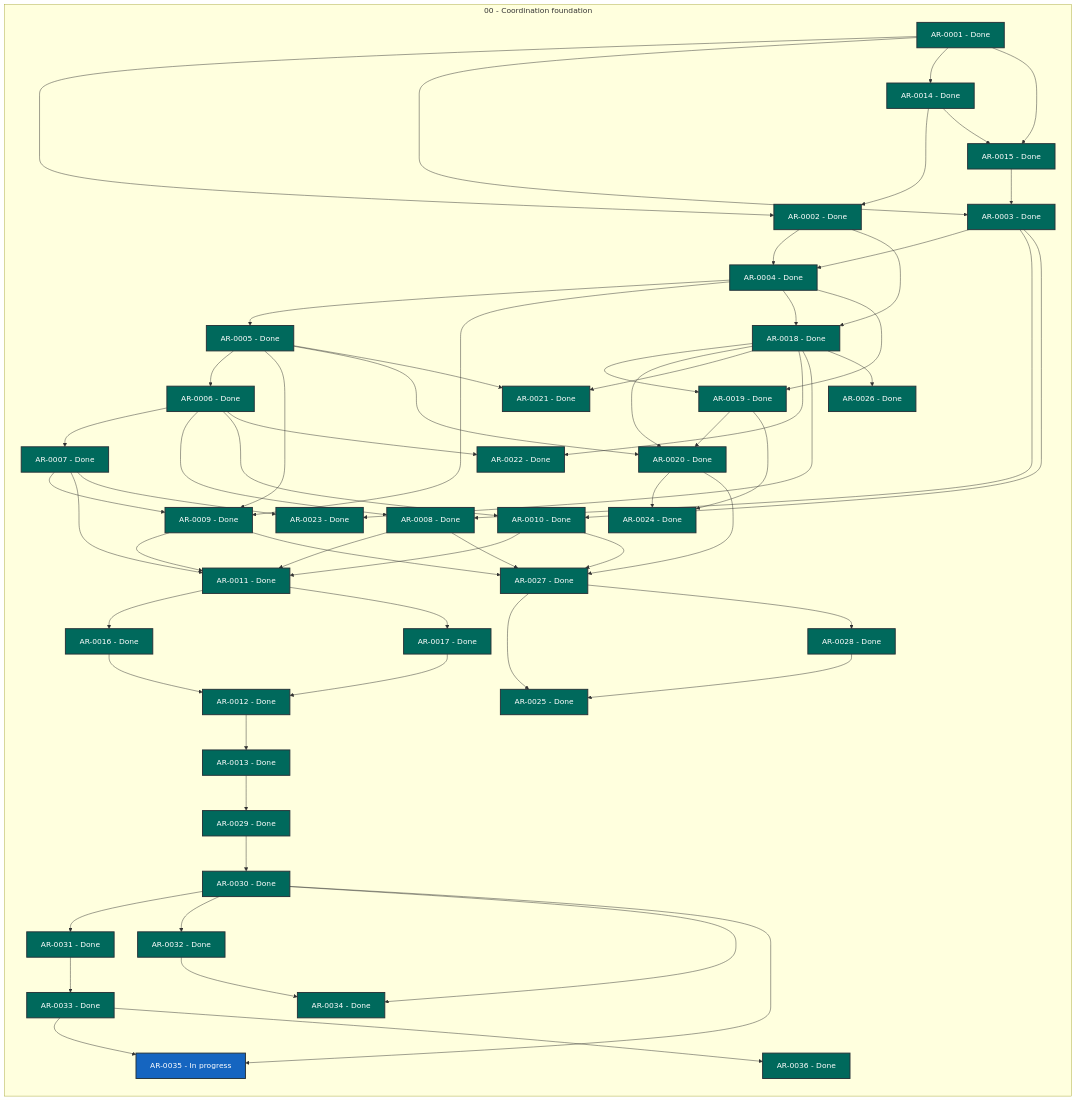
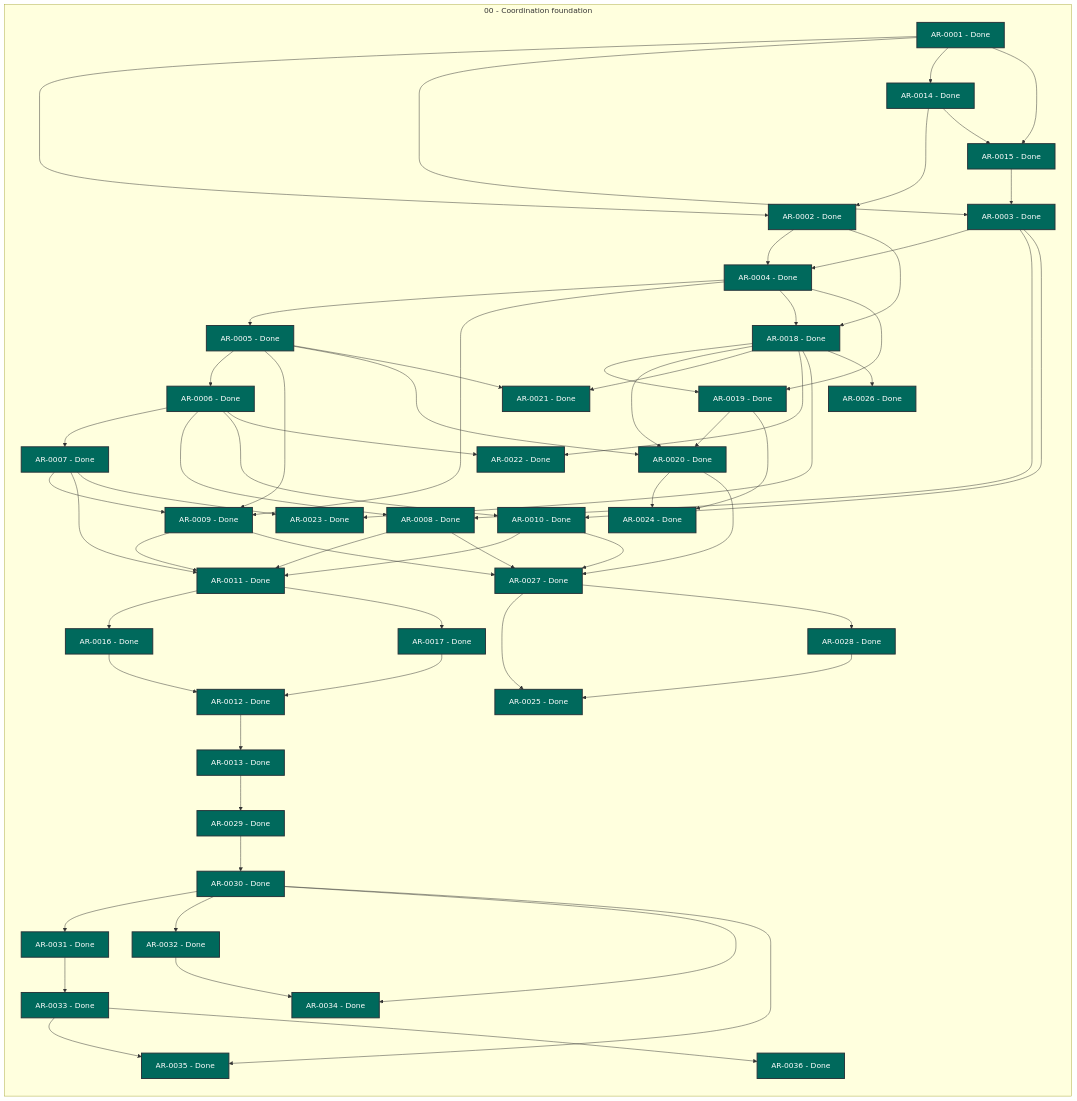
One commit to martin-beck/agent-workflow-tui-state changed the diagram in STATUS.md. Above: the diagram before and after it, drawn with Mermaid. The commit also changed other lines of this file and 2 other files, not shown here.

```diff
--- a/STATUS.md
+++ b/STATUS.md
@@ -62,7 +62,7 @@
         AR_0032["AR-0032 - Done"]:::status_done
         AR_0033["AR-0033 - Done"]:::status_done
         AR_0034["AR-0034 - Done"]:::status_done
-        AR_0035["AR-0035 - In progress"]:::status_in_progress
+        AR_0035["AR-0035 - Done"]:::status_done
         AR_0036["AR-0036 - Done"]:::status_done
     end
     AR_0001 --> AR_0002
```
